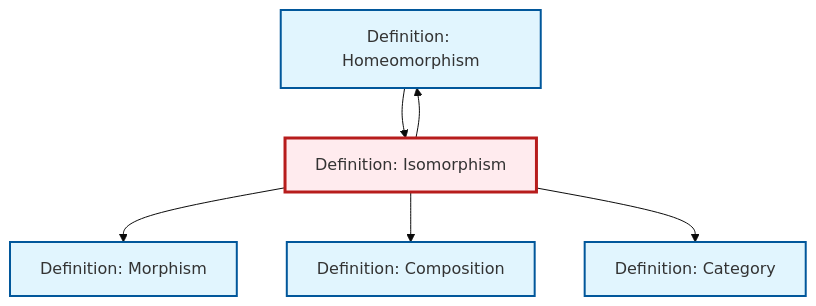
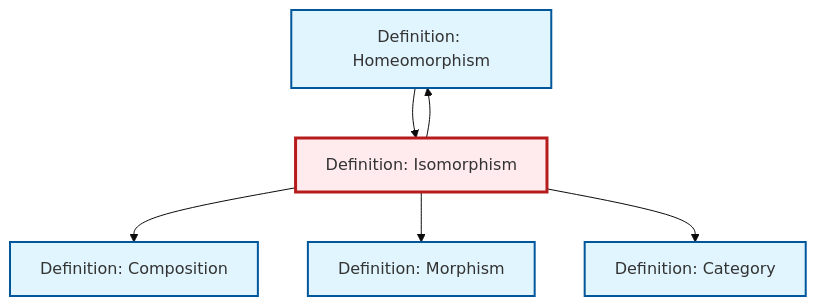
The diagram in content/en/category-theory/def-isomorphism.qmd (RK0429/ModernMath), drawn with Mermaid (base theme) before and after one commit. The commit also changed other lines of this file and 491 other files, not shown here.

````diff
--- a/content/en/category-theory/def-isomorphism.qmd
+++ b/content/en/category-theory/def-isomorphism.qmd
@@ -83,24 +83,24 @@
 ```{mermaid}
 %%| fig-cap: "Local dependency graph"
 graph TD
     classDef definition fill:#e1f5fe,stroke:#01579b,stroke-width:2px
     classDef theorem fill:#f3e5f5,stroke:#4a148c,stroke-width:2px
     classDef axiom fill:#fff3e0,stroke:#e65100,stroke-width:2px
     classDef example fill:#e8f5e9,stroke:#1b5e20,stroke-width:2px
     classDef current fill:#ffebee,stroke:#b71c1c,stroke-width:3px
+    def-composition["Definition: Composition"]:::definition
     def-category["Definition: Category"]:::definition
-    def-composition["Definition: Composition"]:::definition
+    def-homeomorphism["Definition: Homeomorphism"]:::definition
     def-morphism["Definition: Morphism"]:::definition
-    def-homeomorphism["Definition: Homeomorphism"]:::definition
     def-isomorphism["Definition: Isomorphism"]:::definition
+    def-isomorphism --> def-composition
     def-isomorphism --> def-morphism
+    def-isomorphism --> def-homeomorphism
     def-homeomorphism --> def-isomorphism
-    def-isomorphism --> def-homeomorphism
-    def-isomorphism --> def-composition
     def-isomorphism --> def-category
     class def-isomorphism current
+    click def-composition "def-composition.html" "Go to Composition definition"
     click def-category "def-category.html" "Go to Category definition"
-    click def-composition "def-composition.html" "Go to Composition definition"
+    click def-homeomorphism "def-homeomorphism.html" "Go to Homeomorphism definition"
     click def-morphism "def-morphism.html" "Go to Morphism definition"
-    click def-homeomorphism "def-homeomorphism.html" "Go to Homeomorphism definition"
 ```
````
